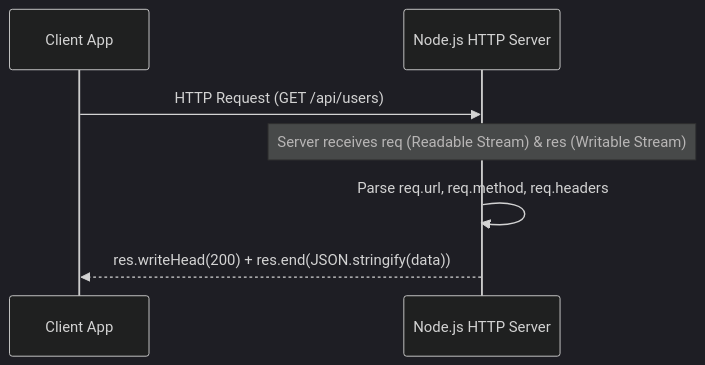
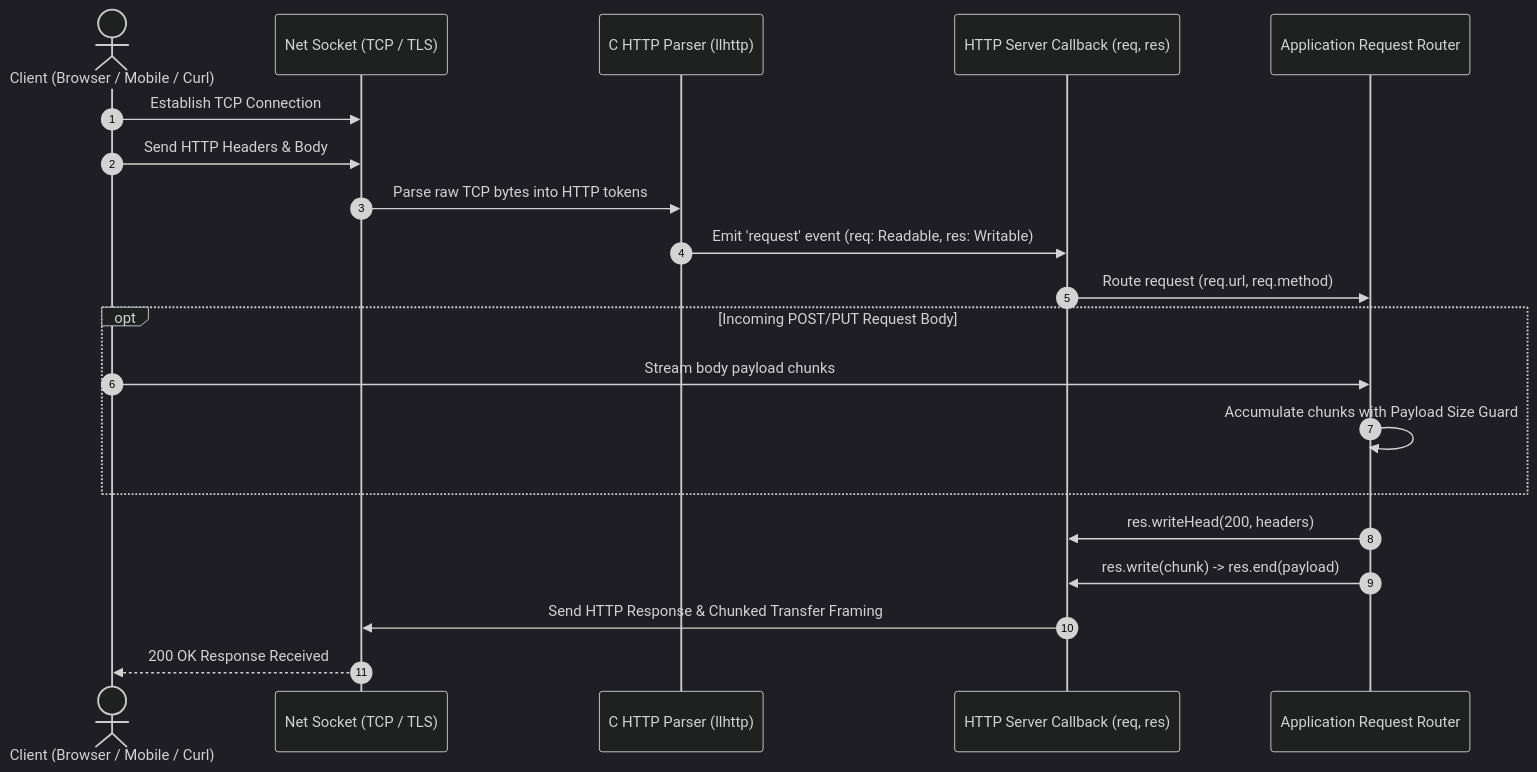
One commit to Amie-dev/engineering-playbook changed the first of 2 diagrams in nodejs-notes/12-http-server.md. Above: the diagram before and after it, drawn with Mermaid (dark theme). The commit also changed other lines of this file and 32 other files, not shown here.

````diff
--- a/nodejs-notes/12-http-server.md
+++ b/nodejs-notes/12-http-server.md
@@ -10,10 +13,26 @@
 ```mermaid
 sequenceDiagram
-    participant Client as Client App
-    participant Server as Node.js HTTP Server
+    autonumber
+    actor Client as Client (Browser / Mobile / Curl)
+    participant Socket as Net Socket (TCP / TLS)
+    participant Parser as C HTTP Parser (llhttp)
+    participant Server as HTTP Server Callback (req, res)
+    participant App as Application Request Router
 
-    Client->>Server: HTTP Request (GET /api/users)
-    Note over Server: Server receives req (Readable Stream) & res (Writable Stream)
-    Server->>Server: Parse req.url, req.method, req.headers
-    Server-->>Client: res.writeHead(200) + res.end(JSON.stringify(data))
+    Client->>Socket: Establish TCP Connection
+    Client->>Socket: Send HTTP Headers & Body
+    Socket->>Parser: Parse raw TCP bytes into HTTP tokens
+    Parser->>Server: Emit 'request' event (req: Readable, res: Writable)
+    
+    Server->>App: Route request (req.url, req.method)
+    
+    opt Incoming POST/PUT Request Body
+        Client->>App: Stream body payload chunks
+        App->>App: Accumulate chunks with Payload Size Guard
+    end
+
+    App->>Server: res.writeHead(200, headers)
+    App->>Server: res.write(chunk) -> res.end(payload)
+    Server->>Socket: Send HTTP Response & Chunked Transfer Framing
+    Socket-->>Client: 200 OK Response Received
 ```
````
